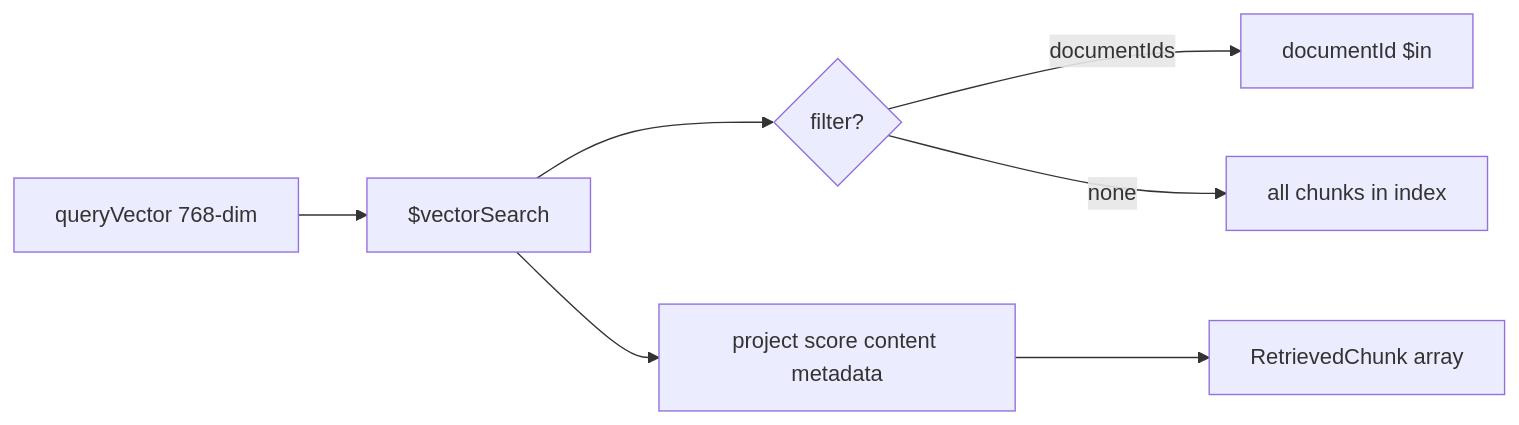
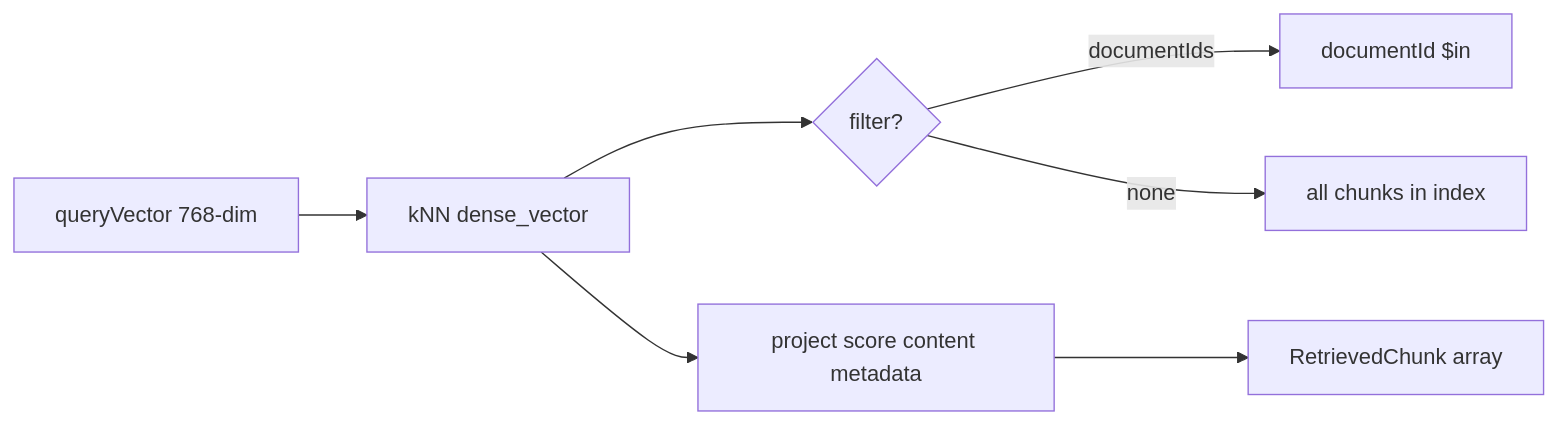
One commit to 12dkaskar/rag-scrapper-solution changed the seventh of 8 diagrams in docs/implementation-guide.md. Above: the diagram before and after it, drawn with Mermaid. The commit also changed other lines of this file and 30 other files, not shown here.

````diff
--- a/docs/implementation-guide.md
+++ b/docs/implementation-guide.md
@@ -257,9 +257,9 @@
 ```mermaid
 flowchart LR
-    Q[queryVector 768-dim] --> VS["$vectorSearch"]
+    Q[queryVector 768-dim] --> VS["kNN dense_vector"]
     VS --> F{filter?}
     F -->|documentIds| FD["documentId $in"]
     F -->|none| All[all chunks in index]
     VS --> Proj[project score content metadata]
     Proj --> Out[RetrievedChunk array]
 ```
````
